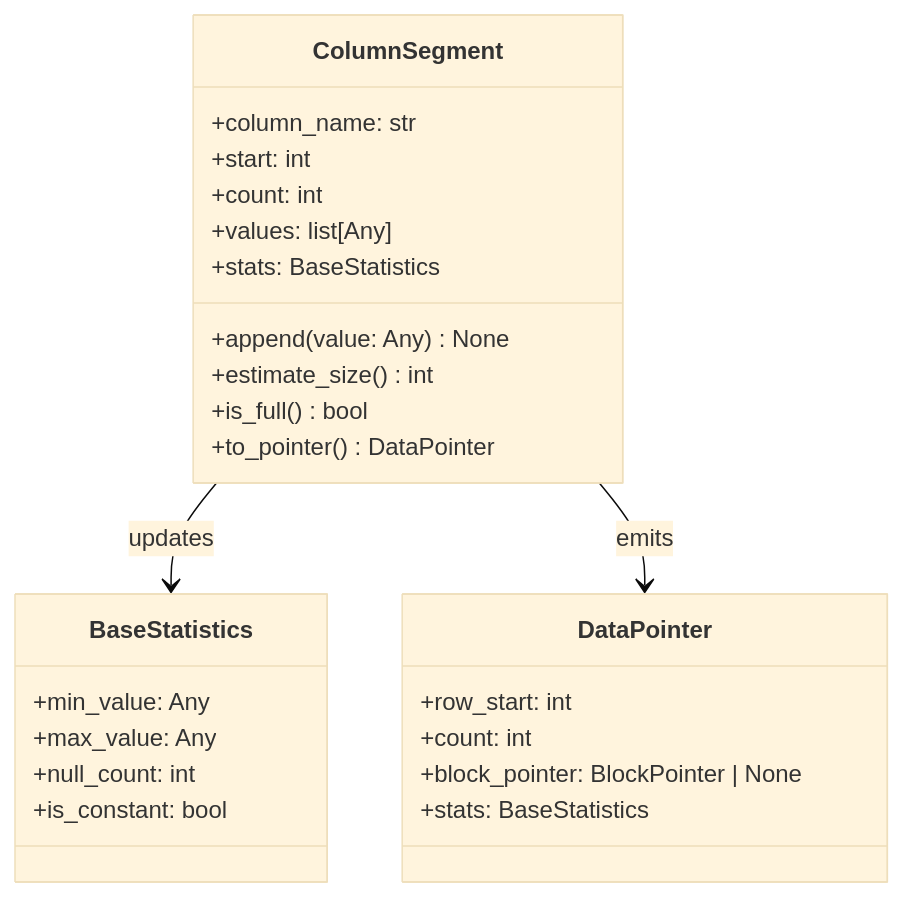
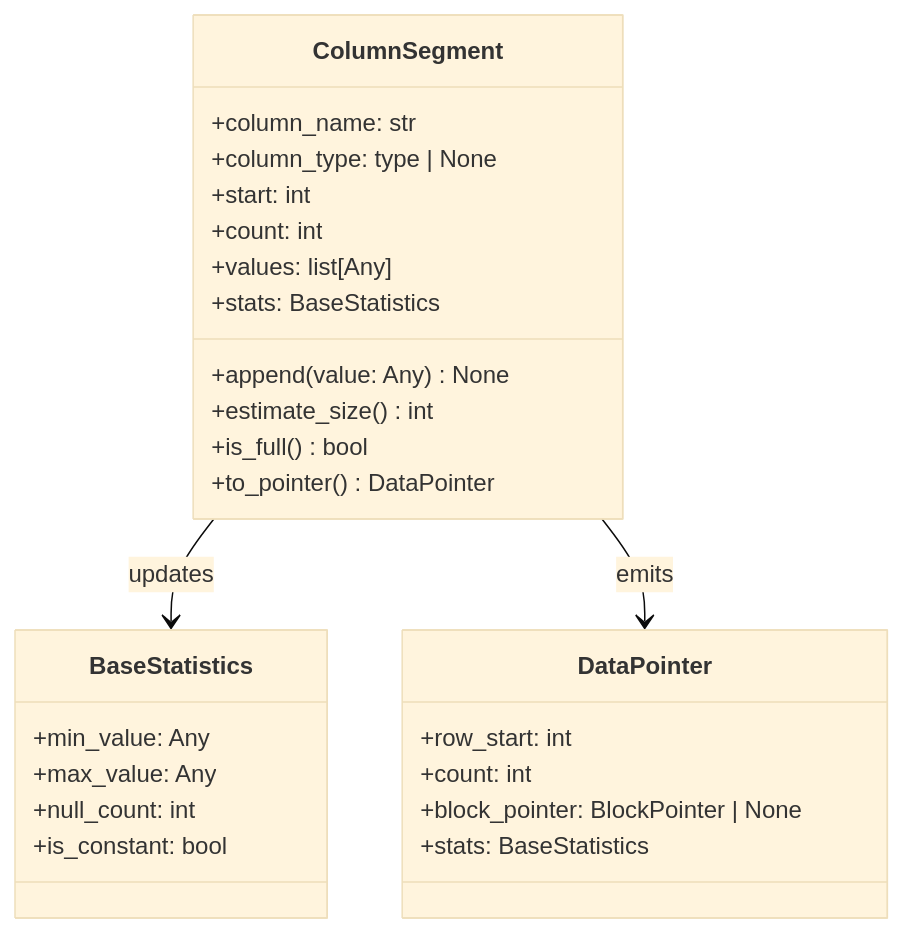
One commit to ShikoteiCoding/columnar-database-storage changed the fifth of 10 diagrams in docs/curriculum.md. Above: the diagram before and after it, drawn with Mermaid (base theme). The commit also changed other lines of this file and 2 other files, not shown here.

Commit message:
make ColumnSegment be type aware

````diff
--- a/docs/curriculum.md
+++ b/docs/curriculum.md
@@ -316,31 +316,32 @@
 ```mermaid
 classDiagram
 	class BaseStatistics {
 		+min_value: Any
 		+max_value: Any
 		+null_count: int
 		+is_constant: bool
 	}
 
 	class DataPointer {
 		+row_start: int
 		+count: int
 		+block_pointer: BlockPointer | None
 		+stats: BaseStatistics
 	}
 
 	class ColumnSegment {
 		+column_name: str
+		+column_type: type | None
 		+start: int
 		+count: int
 		+values: list[Any]
 		+stats: BaseStatistics
 		+append(value: Any) None
 		+estimate_size() int
 		+is_full() bool
 		+to_pointer() DataPointer
 	}
 
 	ColumnSegment --> BaseStatistics : updates
 	ColumnSegment --> DataPointer : emits
 ```
````
